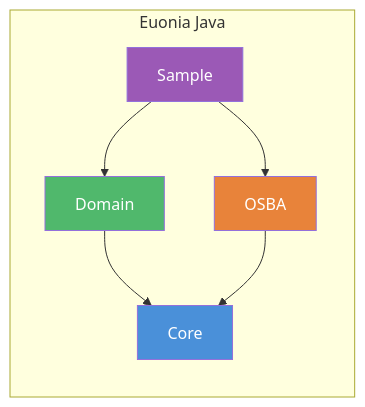
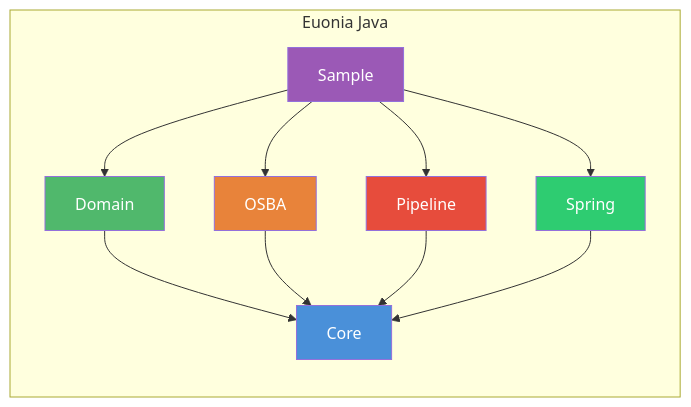
Before and after one commit to NerosoftDev/euonia-java: the diagram in README.md, drawn with Mermaid. The commit also changed other lines of this file, not shown here.

Commit message:
Add pipeline and spring modules to README, including detailed descriptions and usage examples

````diff
--- a/README.md
+++ b/README.md
@@ -13,15 +13,21 @@
 ```mermaid
 graph TD
     subgraph "Euonia Java"
         direction TB
         Domain --> Core
         OSBA --> Core
+        Pipeline --> Core
+        Spring --> Core
         Sample --> Domain
         Sample --> OSBA
+        Sample --> Pipeline
+        Sample --> Spring
     end
 
     style Core fill:#4A90D9,color:#fff
     style Domain fill:#50B86C,color:#fff
     style OSBA fill:#E8833A,color:#fff
+    style Pipeline fill:#E74C3C,color:#fff
+    style Spring fill:#2ECC71,color:#fff
     style Sample fill:#9B59B6,color:#fff
 ```
````
